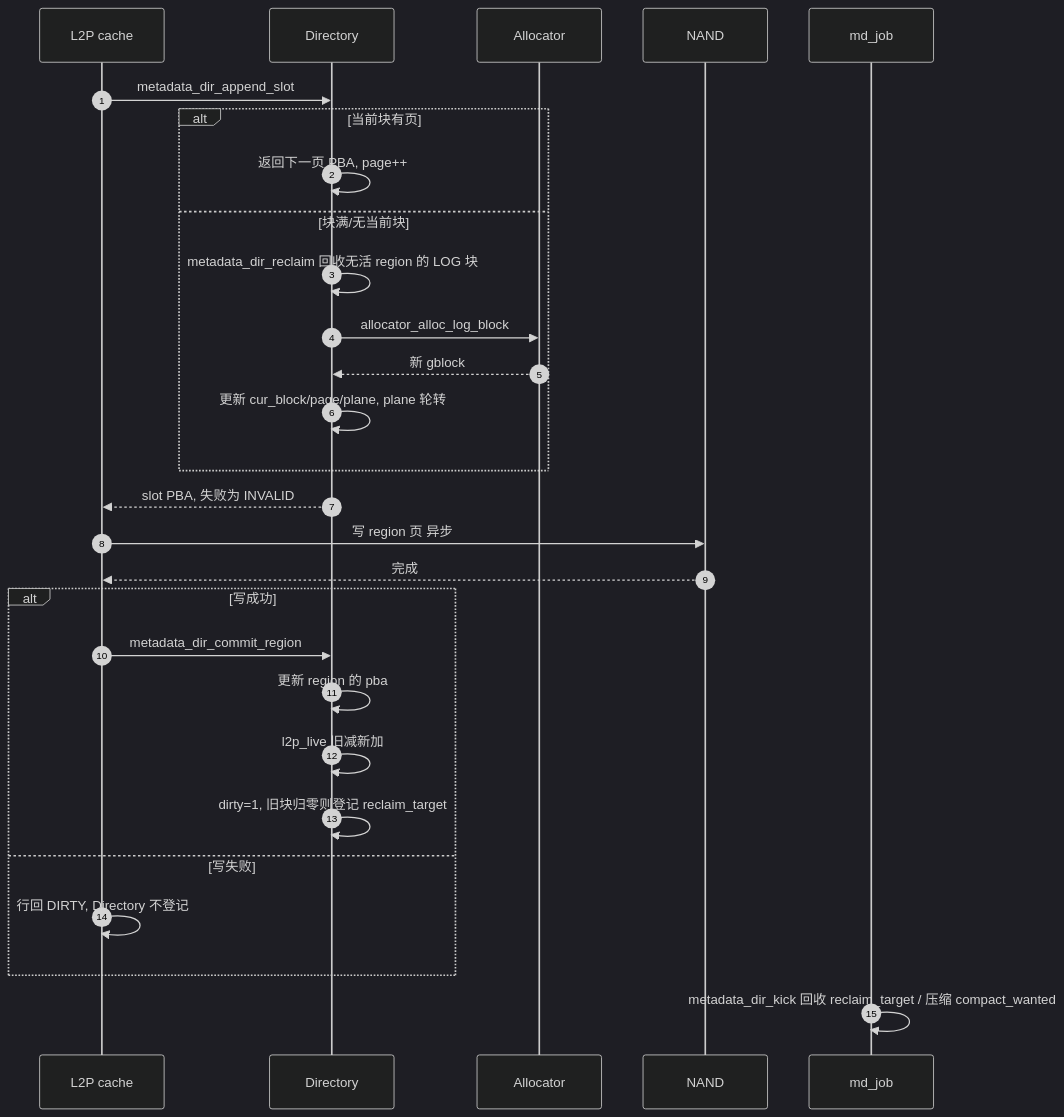
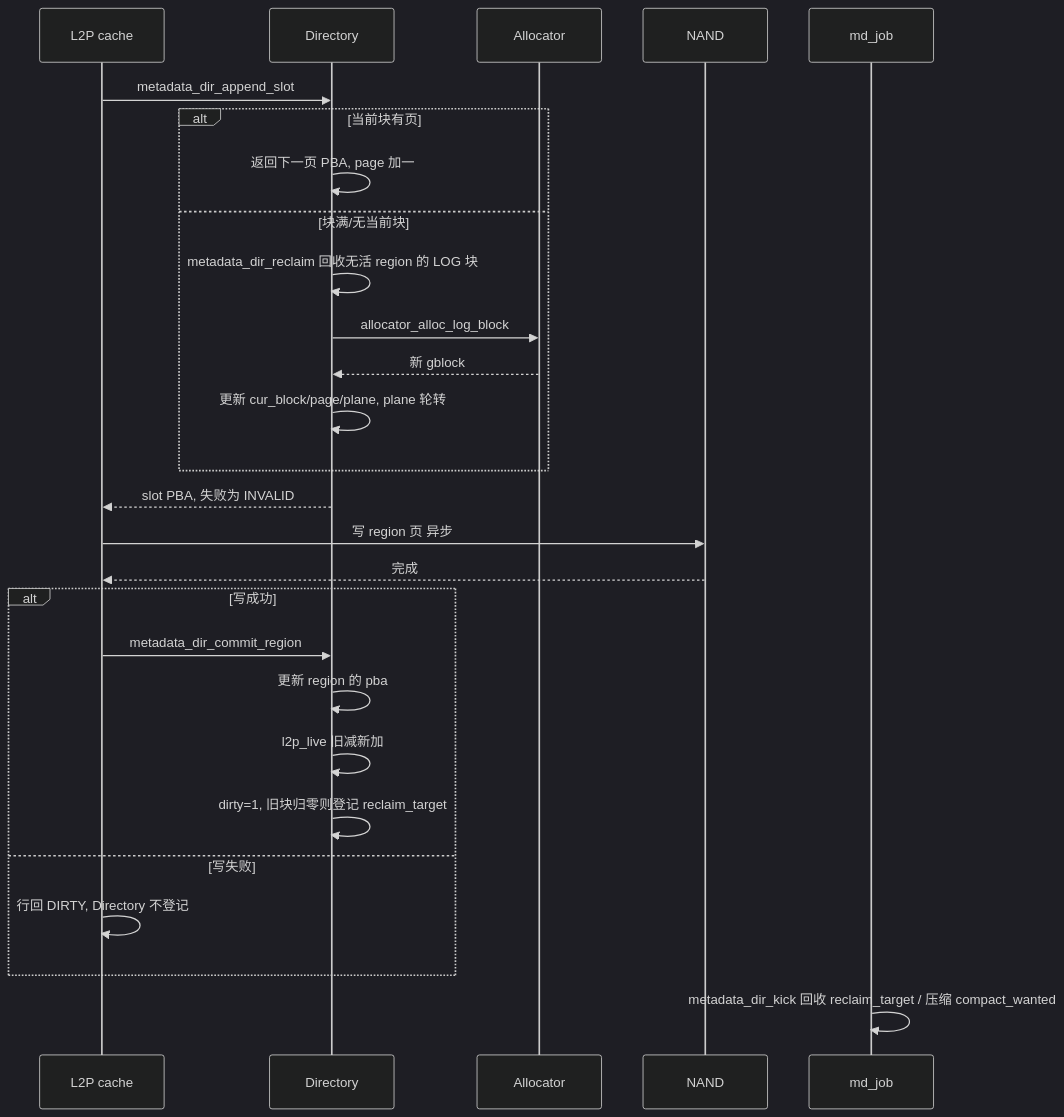
One commit to YzYMIAO/BASESSD changed the seventh of 28 diagrams in docs/design/ftl_design.md. Above: the diagram before and after it, drawn with Mermaid (dark theme). The commit also changed other lines of this file, not shown here.

First line of the commit message:
docs(ftl): 补充推荐阅读顺序并清理 mermaid 序列图

````diff
--- a/docs/design/ftl_design.md
+++ b/docs/design/ftl_design.md
@@ -1204,31 +1241,30 @@
 ```mermaid
 sequenceDiagram
-    autonumber
     participant C as L2P cache
     participant D as Directory
     participant A as Allocator
     participant N as NAND
     participant J as md_job
 
     C->>D: metadata_dir_append_slot
     alt 当前块有页
-        D->>D: 返回下一页 PBA, page++
+        D->>D: 返回下一页 PBA, page 加一
     else 块满/无当前块
         D->>D: metadata_dir_reclaim 回收无活 region 的 LOG 块
         D->>A: allocator_alloc_log_block
         A-->>D: 新 gblock
         D->>D: 更新 cur_block/page/plane, plane 轮转
     end
     D-->>C: slot PBA, 失败为 INVALID
     C->>N: 写 region 页 异步
     N-->>C: 完成
     alt 写成功
         C->>D: metadata_dir_commit_region
         D->>D: 更新 region 的 pba
         D->>D: l2p_live 旧减新加
         D->>D: dirty=1, 旧块归零则登记 reclaim_target
     else 写失败
         C->>C: 行回 DIRTY, Directory 不登记
     end
     J->>J: metadata_dir_kick 回收 reclaim_target / 压缩 compact_wanted
 ```
````
